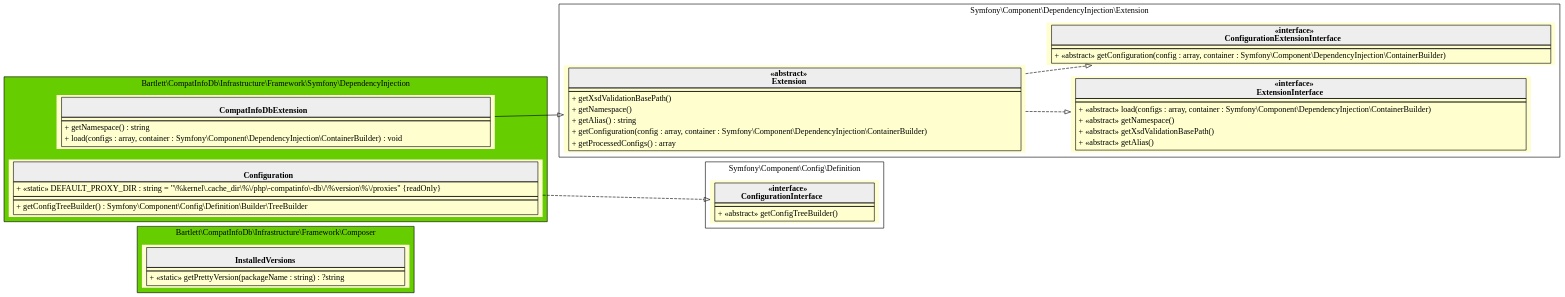
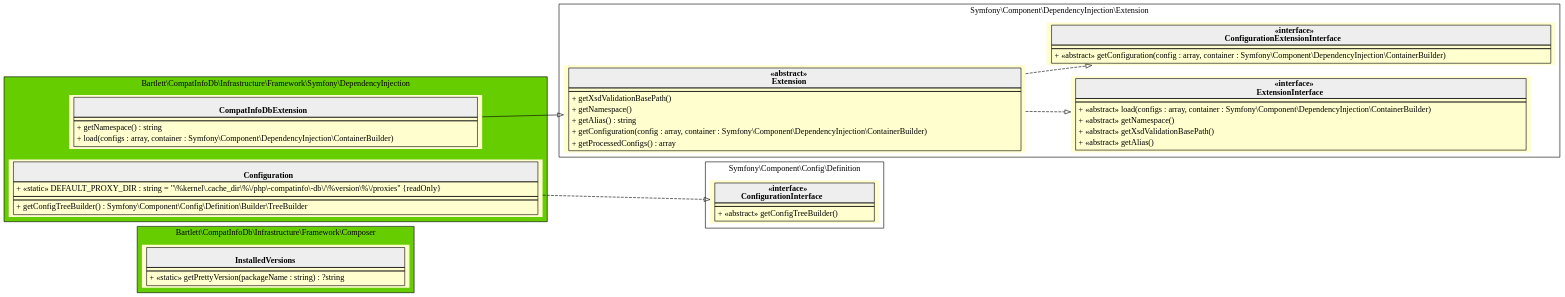
The diagram in 5.x/assets/images/infrastructure-framework.html.gv (llaville/php-compatinfo-db), drawn with Graphviz before and after one commit. The commit also changed 38 other files, not shown here.

```diff
--- a/5.x/assets/images/infrastructure-framework.html.gv
+++ b/5.x/assets/images/infrastructure-framework.html.gv
@@ -1,89 +1,89 @@
 digraph {
   graph [rankdir="LR" bgcolor="transparent"]
   node [fillcolor="#FEFECE" style="filled"]
   subgraph cluster_0 {
     graph [bgcolor="chartreuse3"]
     label = "Bartlett\\CompatInfoDb\\Infrastructure\\Framework\\Composer"
     "Bartlett\\CompatInfoDb\\Infrastructure\\Framework\\Composer\\InstalledVersions" [shape="none" label=<
 <table cellspacing="0" border="0" cellborder="1">
     <tr><td bgcolor="#eeeeee"><b><br/>InstalledVersions</b></td></tr>
     <tr><td></td></tr>
     <tr><td><table border="0" cellspacing="0" cellpadding="2">
     <tr><td align="left">+ «static» getPrettyVersion(packageName : string) : ?string</td></tr>
 </table></td></tr>
 </table>>]
   }
   subgraph cluster_1 {
     graph [bgcolor="chartreuse3"]
     label = "Bartlett\\CompatInfoDb\\Infrastructure\\Framework\\Symfony\\DependencyInjection"
     "Bartlett\\CompatInfoDb\\Infrastructure\\Framework\\Symfony\\DependencyInjection\\CompatInfoDbExtension" [shape="none" label=<
 <table cellspacing="0" border="0" cellborder="1">
     <tr><td bgcolor="#eeeeee"><b><br/>CompatInfoDbExtension</b></td></tr>
     <tr><td></td></tr>
     <tr><td><table border="0" cellspacing="0" cellpadding="2">
     <tr><td align="left">+ getNamespace() : string</td></tr>
-    <tr><td align="left">+ load(configs : array, container : Symfony\\Component\\DependencyInjection\\ContainerBuilder) : void</td></tr>
+    <tr><td align="left">+ load(configs : array, container : Symfony\\Component\\DependencyInjection\\ContainerBuilder)</td></tr>
 </table></td></tr>
 </table>>]
     "Bartlett\\CompatInfoDb\\Infrastructure\\Framework\\Symfony\\DependencyInjection\\Configuration" [shape="none" label=<
 <table cellspacing="0" border="0" cellborder="1">
     <tr><td bgcolor="#eeeeee"><b><br/>Configuration</b></td></tr>
     <tr><td><table border="0" cellspacing="0" cellpadding="2">
     <tr><td align="left">+ «static» DEFAULT_PROXY_DIR : string = "\%kernel\.cache_dir\%\/php\-compatinfo\-db\/\%version\%\/proxies" {readOnly}</td></tr>
 </table></td></tr>
     <tr><td></td></tr>
     <tr><td><table border="0" cellspacing="0" cellpadding="2">
     <tr><td align="left">+ getConfigTreeBuilder() : Symfony\\Component\\Config\\Definition\\Builder\\TreeBuilder</td></tr>
 </table></td></tr>
 </table>>]
   }
   subgraph cluster_2 {
     label = "Symfony\\Component\\DependencyInjection\\Extension"
     "Symfony\\Component\\DependencyInjection\\Extension\\Extension" [shape="none" label=<
 <table cellspacing="0" border="0" cellborder="1">
     <tr><td bgcolor="#eeeeee"><b>«abstract»<br/>Extension</b></td></tr>
     <tr><td></td></tr>
     <tr><td><table border="0" cellspacing="0" cellpadding="2">
     <tr><td align="left">+ getXsdValidationBasePath()</td></tr>
     <tr><td align="left">+ getNamespace()</td></tr>
     <tr><td align="left">+ getAlias() : string</td></tr>
     <tr><td align="left">+ getConfiguration(config : array, container : Symfony\\Component\\DependencyInjection\\ContainerBuilder)</td></tr>
     <tr><td align="left">+ getProcessedConfigs() : array</td></tr>
 </table></td></tr>
 </table>>]
     "Symfony\\Component\\DependencyInjection\\Extension\\ExtensionInterface" [shape="none" label=<
 <table cellspacing="0" border="0" cellborder="1">
     <tr><td bgcolor="#eeeeee"><b>«interface»<br/>ExtensionInterface</b></td></tr>
     <tr><td></td></tr>
     <tr><td><table border="0" cellspacing="0" cellpadding="2">
     <tr><td align="left">+ «abstract» load(configs : array, container : Symfony\\Component\\DependencyInjection\\ContainerBuilder)</td></tr>
     <tr><td align="left">+ «abstract» getNamespace()</td></tr>
     <tr><td align="left">+ «abstract» getXsdValidationBasePath()</td></tr>
     <tr><td align="left">+ «abstract» getAlias()</td></tr>
 </table></td></tr>
 </table>>]
     "Symfony\\Component\\DependencyInjection\\Extension\\ConfigurationExtensionInterface" [shape="none" label=<
 <table cellspacing="0" border="0" cellborder="1">
     <tr><td bgcolor="#eeeeee"><b>«interface»<br/>ConfigurationExtensionInterface</b></td></tr>
     <tr><td></td></tr>
     <tr><td><table border="0" cellspacing="0" cellpadding="2">
     <tr><td align="left">+ «abstract» getConfiguration(config : array, container : Symfony\\Component\\DependencyInjection\\ContainerBuilder)</td></tr>
 </table></td></tr>
 </table>>]
   }
   subgraph cluster_3 {
     label = "Symfony\\Component\\Config\\Definition"
     "Symfony\\Component\\Config\\Definition\\ConfigurationInterface" [shape="none" label=<
 <table cellspacing="0" border="0" cellborder="1">
     <tr><td bgcolor="#eeeeee"><b>«interface»<br/>ConfigurationInterface</b></td></tr>
     <tr><td></td></tr>
     <tr><td><table border="0" cellspacing="0" cellpadding="2">
     <tr><td align="left">+ «abstract» getConfigTreeBuilder()</td></tr>
 </table></td></tr>
 </table>>]
   }
   "Symfony\\Component\\DependencyInjection\\Extension\\Extension" -> "Symfony\\Component\\DependencyInjection\\Extension\\ExtensionInterface" [arrowhead="empty" style="dashed"]
   "Symfony\\Component\\DependencyInjection\\Extension\\Extension" -> "Symfony\\Component\\DependencyInjection\\Extension\\ConfigurationExtensionInterface" [arrowhead="empty" style="dashed"]
   "Bartlett\\CompatInfoDb\\Infrastructure\\Framework\\Symfony\\DependencyInjection\\CompatInfoDbExtension" -> "Symfony\\Component\\DependencyInjection\\Extension\\Extension" [arrowhead="empty" style="filled"]
   "Bartlett\\CompatInfoDb\\Infrastructure\\Framework\\Symfony\\DependencyInjection\\Configuration" -> "Symfony\\Component\\Config\\Definition\\ConfigurationInterface" [arrowhead="empty" style="dashed"]
 }
```
